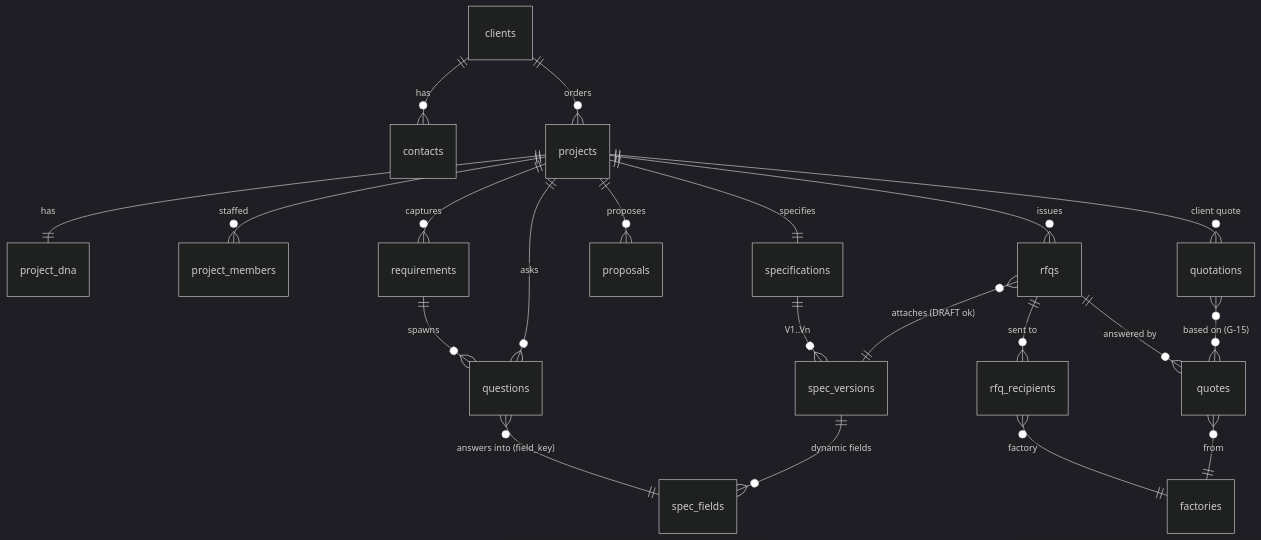
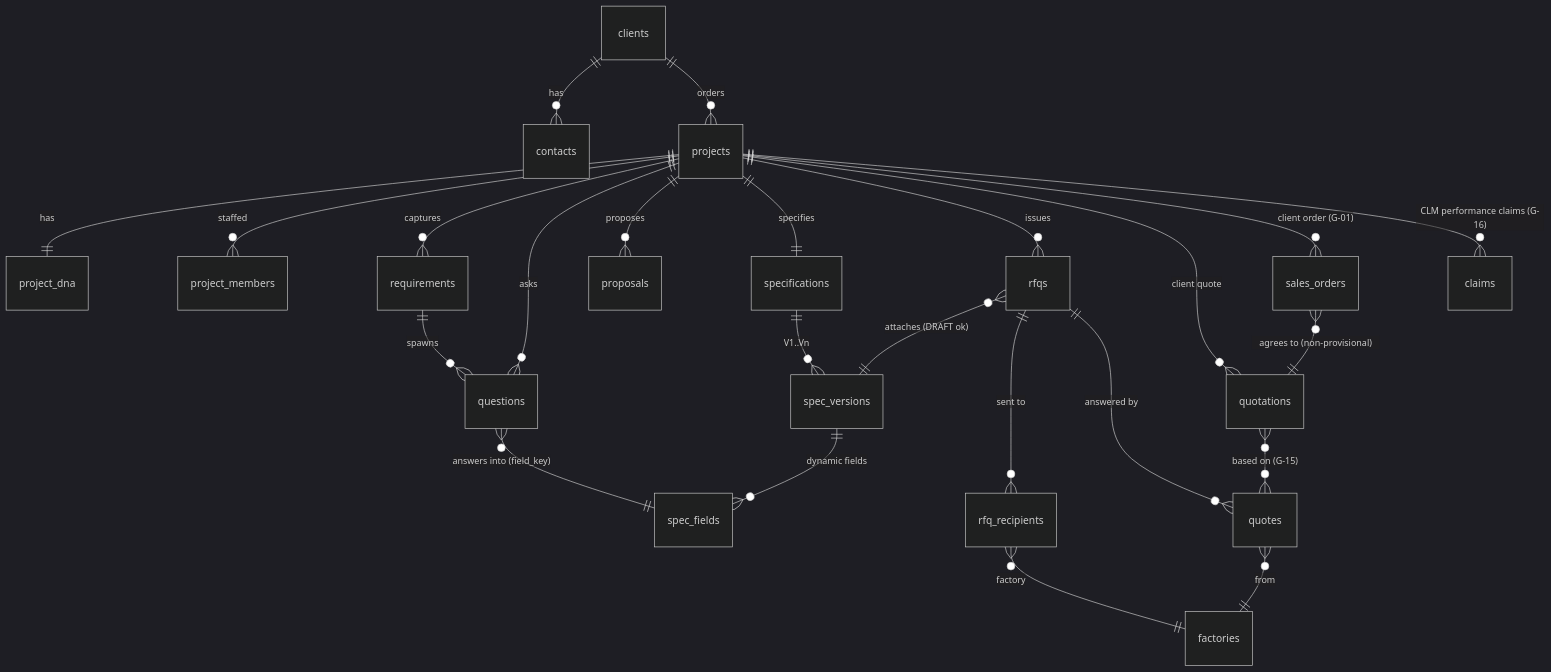
The first of 4 diagrams in docs/crossimage-product-os/15-a3-data-design.md (fulla61/predict_stock), drawn with Mermaid (dark theme) before and after one commit. The commit also changed other lines of this file and 10 other files, not shown here.

````diff
--- a/docs/crossimage-product-os/15-a3-data-design.md
+++ b/docs/crossimage-product-os/15-a3-data-design.md
@@ -32,23 +32,26 @@
 ```mermaid
 erDiagram
     clients ||--o{ contacts : "has"
     clients ||--o{ projects : "orders"
     projects ||--|| project_dna : "has"
     projects ||--o{ project_members : "staffed"
     projects ||--o{ requirements : "captures"
     projects ||--o{ questions : "asks"
     requirements ||--o{ questions : "spawns"
     projects ||--o{ proposals : "proposes"
     projects ||--|| specifications : "specifies"
     specifications ||--o{ spec_versions : "V1..Vn"
     spec_versions ||--o{ spec_fields : "dynamic fields"
     questions }o--|| spec_fields : "answers into (field_key)"
     projects ||--o{ rfqs : "issues"
     rfqs }o--|| spec_versions : "attaches (DRAFT ok)"
     rfqs ||--o{ rfq_recipients : "sent to"
     rfq_recipients }o--|| factories : "factory"
     rfqs ||--o{ quotes : "answered by"
     quotes }o--|| factories : "from"
     projects ||--o{ quotations : "client quote"
     quotations }o--o{ quotes : "based on (G-15)"
+    projects ||--o{ sales_orders : "client order (G-01)"
+    sales_orders }o--|| quotations : "agrees to (non-provisional)"
+    projects ||--o{ claims : "CLM performance claims (G-16)"
 ```
````
